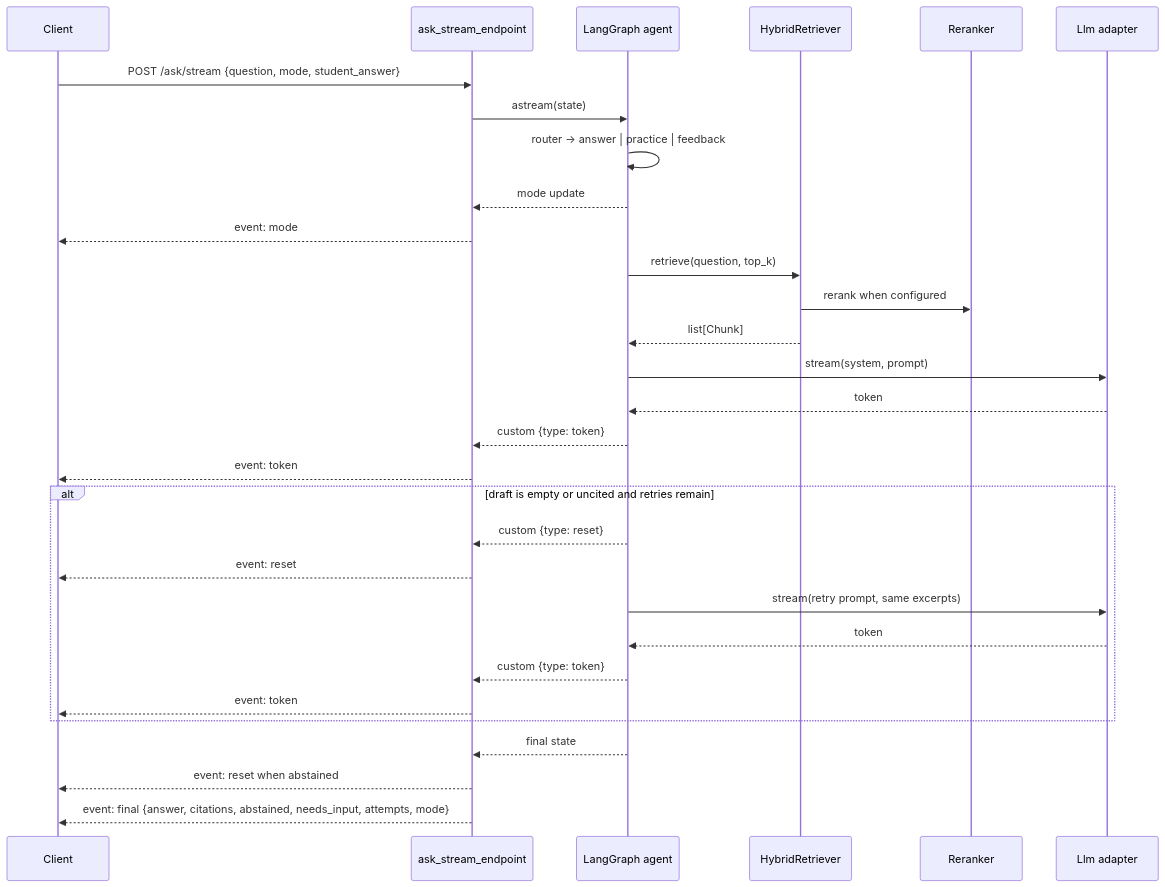
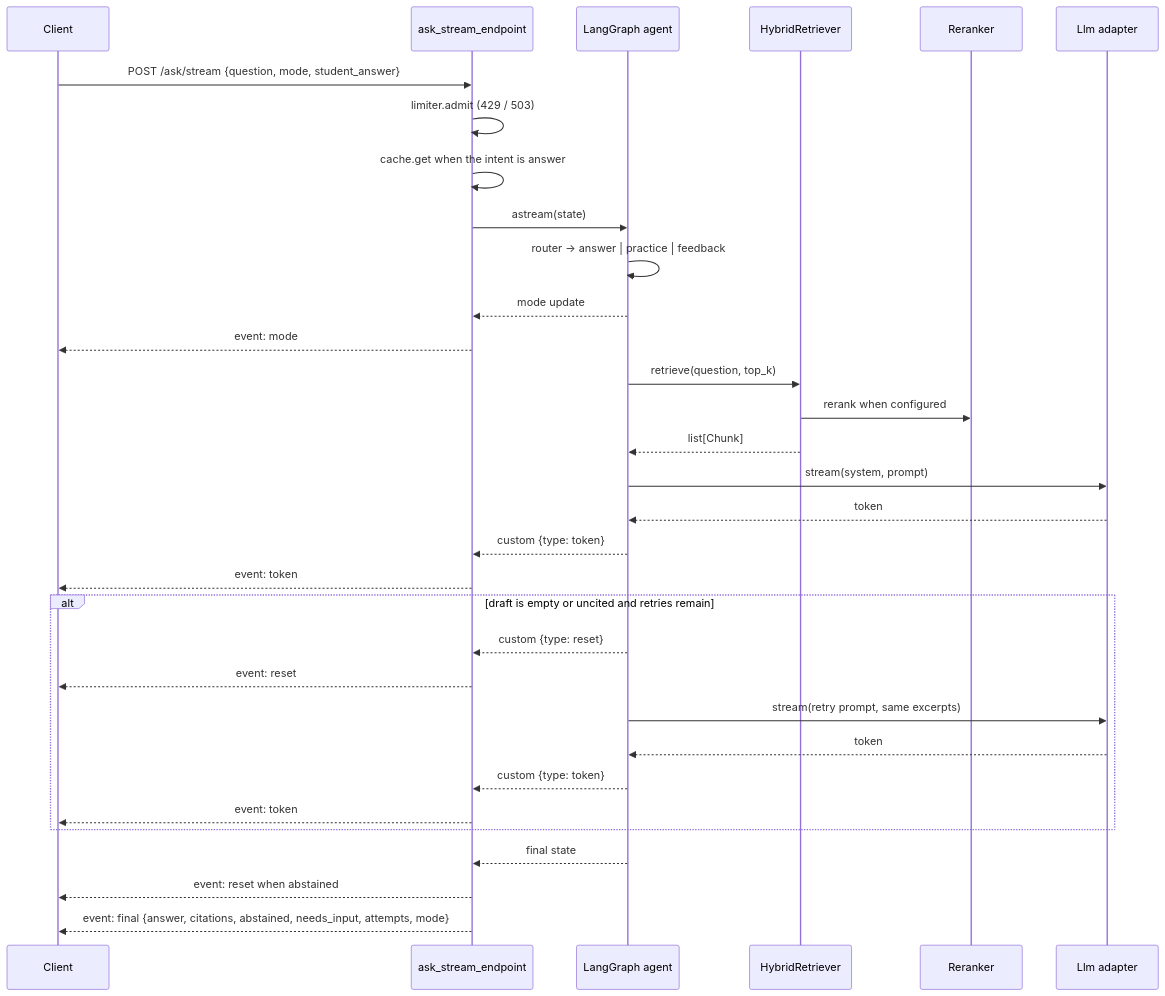
Before and after one commit to monitus2022/owl-online: the fourth of 5 diagrams in docs/architecture.md, drawn with Mermaid. The commit also changed other lines of this file and 1 other file, not shown here.

````diff
--- a/docs/architecture.md
+++ b/docs/architecture.md
@@ -219,33 +221,35 @@
 ```mermaid
 sequenceDiagram
   participant C as Client
   participant API as ask_stream_endpoint
   participant G as LangGraph agent
   participant R as HybridRetriever
   participant RR as Reranker
   participant LLM as Llm adapter
 
   C->>API: POST /ask/stream {question, mode, student_answer}
+  API->>API: limiter.admit (429 / 503)
+  API->>API: cache.get when the intent is answer
   API->>G: astream(state)
   G->>G: router -> answer | practice | feedback
   G-->>API: mode update
   API-->>C: event: mode
   G->>R: retrieve(question, top_k)
   R->>RR: rerank when configured
   R-->>G: list[Chunk]
   G->>LLM: stream(system, prompt)
   LLM-->>G: token
   G-->>API: custom {type: token}
   API-->>C: event: token
   alt draft is empty or uncited and retries remain
     G-->>API: custom {type: reset}
     API-->>C: event: reset
     G->>LLM: stream(retry prompt, same excerpts)
     LLM-->>G: token
     G-->>API: custom {type: token}
     API-->>C: event: token
   end
   G-->>API: final state
   API-->>C: event: reset when abstained
   API-->>C: event: final {answer, citations, abstained, needs_input, attempts, mode}
 ```
````
